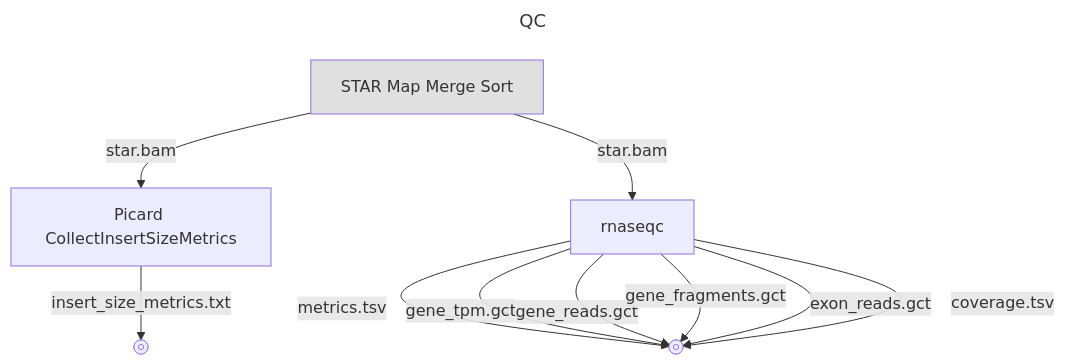
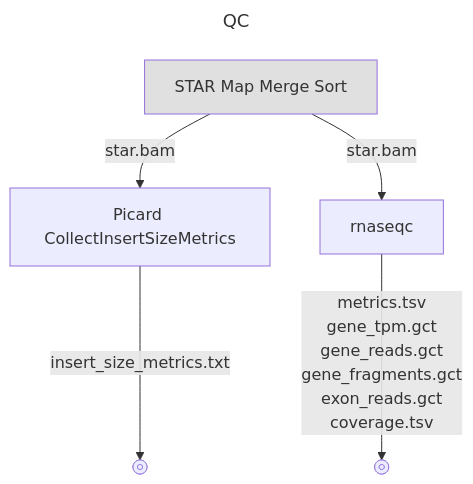
The fourth of 4 diagrams in README.md (NorthwestGenomicsCenter/nwgc-nf-shortread-rna-seq), drawn with Mermaid before and after one commit.

Commit message:
README.md - more mermaid diagrams

````diff
--- a/README.md
+++ b/README.md
@@ -55,16 +55,11 @@
 ```mermaid
 ---
 title: QC
 ---
 flowchart TD
     A["STAR Map Merge Sort"] -- "star.bam" --> B
     style A fill:#E0E0E0
     B["Picard CollectInsertSizeMetrics"] -- "insert_size_metrics.txt" -->  n1@{ shape: fr-circ}
     A -- "star.bam" --> C
-    C["rnaseqc"] -- "metrics.tsv" --> n2@{ shape: fr-circ}
-    C -- "gene_tpm.gct" --> n2@{ shape: fr-circ}
-    C -- "gene_reads.gct" --> n2@{ shape: fr-circ}
-    C -- "gene_fragments.gct" --> n2@{ shape: fr-circ}
-    C -- "exon_reads.gct" --> n2@{ shape: fr-circ}
-    C -- "coverage.tsv" --> n2@{ shape: fr-circ}
+    C["rnaseqc"] -- "metrics.tsv<BR>gene_tpm.gct<BR>gene_reads.gct<BR>gene_fragments.gct<BR>exon_reads.gct<BR>coverage.tsv" --> n2@{ shape: fr-circ}
 ```
````
